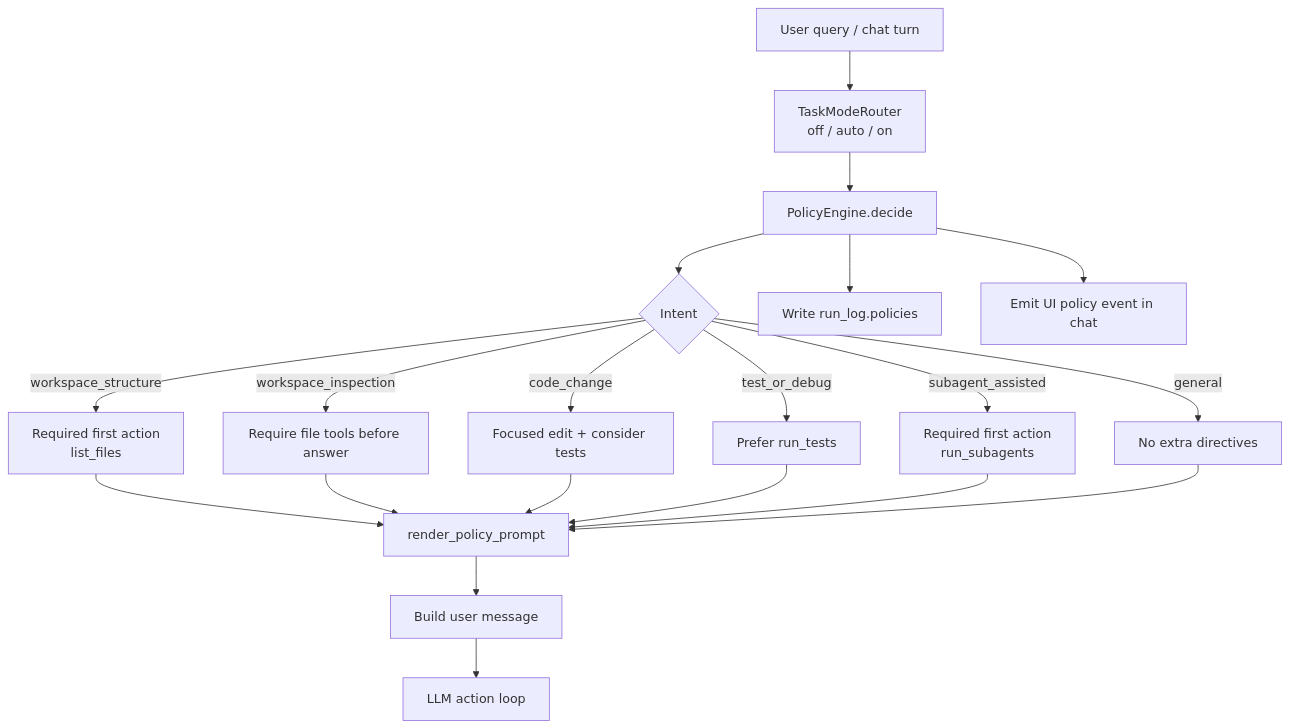
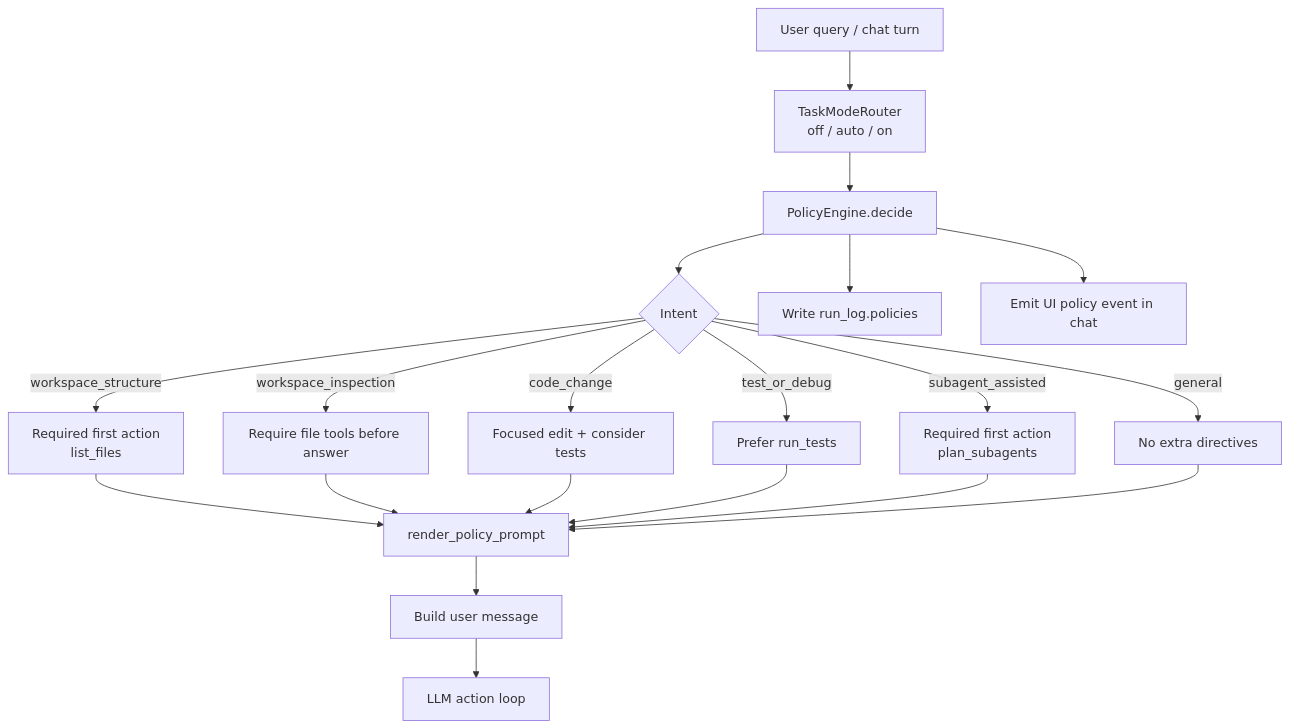
The fifth of 15 diagrams in README.md (Cachuela11/MiniCode), drawn with Mermaid before and after one commit. The commit also changed other lines of this file and 8 other files, not shown here.

````diff
--- a/README.md
+++ b/README.md
@@ -260,22 +324,22 @@
 ```mermaid
 flowchart TD
     A[User query / chat turn] --> T[TaskModeRouter<br/>off / auto / on]
     T --> B[PolicyEngine.decide]
     B --> C{Intent}
     C -->|workspace_structure| D[Required first action<br/>list_files]
     C -->|workspace_inspection| E[Require file tools before answer]
     C -->|code_change| F[Focused edit + consider tests]
     C -->|test_or_debug| G[Prefer run_tests]
-    C -->|subagent_assisted| S[Required first action<br/>run_subagents]
+    C -->|subagent_assisted| S[Required first action<br/>plan_subagents]
     C -->|general| H[No extra directives]
     D --> I[render_policy_prompt]
     E --> I
     F --> I
     G --> I
     S --> I
     H --> I
     I --> J[Build user message]
     J --> K[LLM action loop]
     B --> L[Write run_log.policies]
     B --> M[Emit UI policy event in chat]
 ```
````
